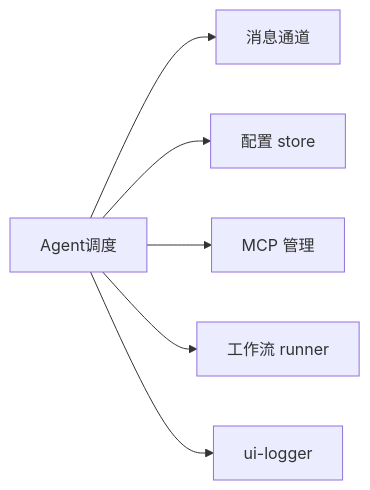
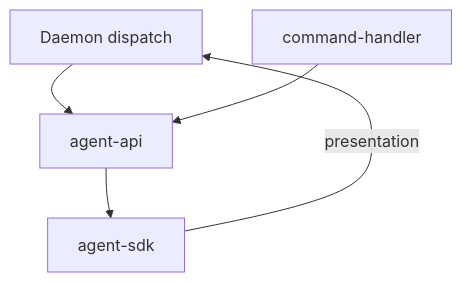
Before and after one commit to lk-eternal/cursor-claw: the diagram in knowledge/业务域/Agent调度/01-概览.md, drawn with Mermaid. The commit also changed other lines of this file and 33 other files, not shown here.

````diff
--- a/knowledge/业务域/Agent调度/01-概览.md
+++ b/knowledge/业务域/Agent调度/01-概览.md
@@ -73,8 +9,7 @@
 ```mermaid
-flowchart LR
-  AD[Agent调度] --> CH[消息通道]
-  AD --> CFG[配置 store]
-  AD --> MCP[MCP 管理]
-  AD --> WF[工作流 runner]
-  AD --> UI[ui-logger]
+flowchart TB
+  D[Daemon dispatch] --> API[agent-api]
+  API --> SDK[agent-sdk]
+  SDK -->|presentation| D
+  CH[command-handler] --> API
 ```
````
